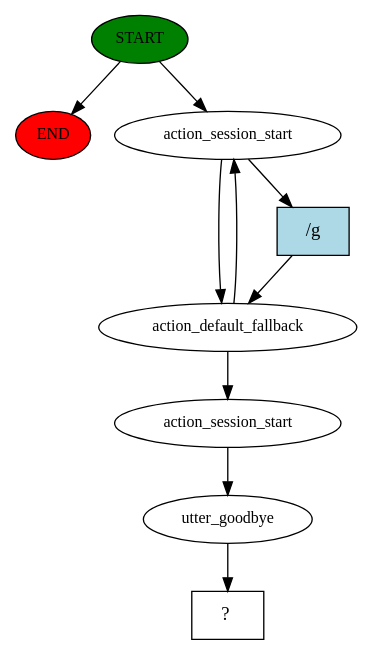
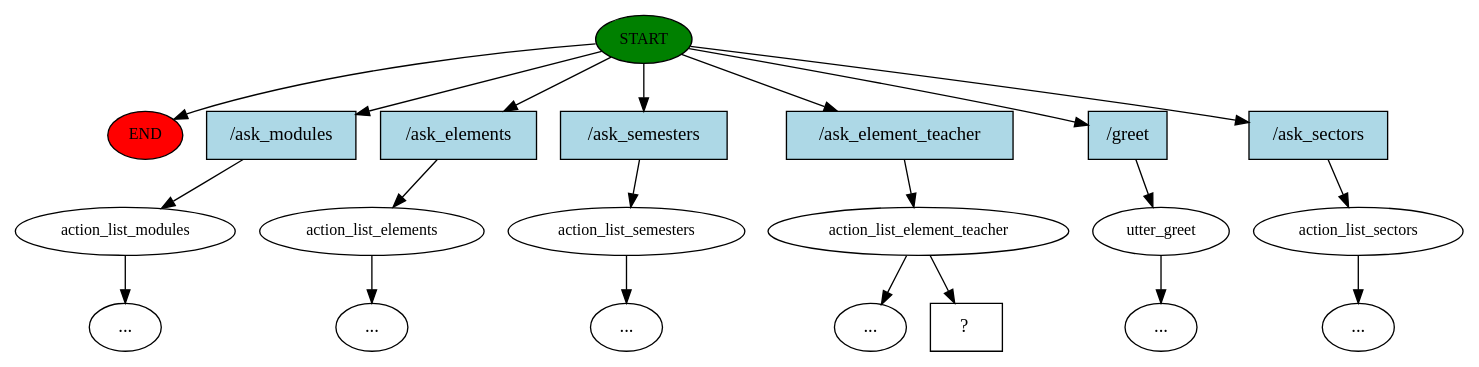
The diagram in story_graph.dot (yb403/ChatBotAI-costumer-service), drawn with Graphviz before and after one commit. The commit also changed 4 other files, not shown here.

Commit message:
Update NLU and story configurations; add new intent and examples for element teacher

```diff
--- a/story_graph.dot
+++ b/story_graph.dot
@@ -1,19 +1,43 @@
 digraph  {
 0 [class="start active", fillcolor=green, fontsize=12, label=START, style=filled];
 "-1" [class=end, fillcolor=red, fontsize=12, label=END, style=filled];
-1 [class=active, fontsize=12, label=action_session_start];
-2 [class=active, fontsize=12, label=action_default_fallback];
-17 [class=active, fontsize=12, label=action_session_start];
-18 [class=active, fontsize=12, label=utter_goodbye];
-19 [class="intent dashed active", label="  ?  ", shape=rect];
-20 [class="intent active", fillcolor=lightblue, label="/g", shape=rect, style=filled];
+1 [class="", fontsize=12, label=action_list_modules];
+2 [class="", fontsize=12, label=action_list_elements];
+3 [class="", fontsize=12, label=action_list_semesters];
+6 [class=active, fontsize=12, label=action_list_element_teacher];
+7 [class="", fontsize=12, label=utter_greet];
+"-9" [class=ellipsis, label="..."];
+"-10" [class=ellipsis, label="..."];
+"-12" [class=ellipsis, label="..."];
+11 [class="", fontsize=12, label=action_list_sectors];
+"-13" [class=ellipsis, label="..."];
+"-14" [class=ellipsis, label="..."];
+"-16" [class=ellipsis, label="..."];
+16 [class="intent dashed active", label="  ?  ", shape=rect];
+17 [class=intent, fillcolor=lightblue, label="/ask_modules", shape=rect, style=filled];
+18 [class=intent, fillcolor=lightblue, label="/ask_elements", shape=rect, style=filled];
+19 [class=intent, fillcolor=lightblue, label="/ask_semesters", shape=rect, style=filled];
+20 [class="intent active", fillcolor=lightblue, label="/ask_element_teacher", shape=rect, style=filled];
+21 [class=intent, fillcolor=lightblue, label="/greet", shape=rect, style=filled];
+22 [class=intent, fillcolor=lightblue, label="/ask_sectors", shape=rect, style=filled];
 0 -> "-1"  [class="", key=NONE, label=""];
-0 -> 1  [class=active, key=NONE, label=""];
-1 -> 2  [class=active, key=NONE, label=""];
-1 -> 20  [class=active, key=0];
-2 -> 1  [class=active, key=NONE, label=""];
-2 -> 17  [class=active, key=NONE, label=""];
-17 -> 18  [class=active, key=NONE, label=""];
-18 -> 19  [class=active, key=NONE, label=""];
-20 -> 2  [class=active, key=0];
+0 -> 17  [class="", key=0];
+0 -> 18  [class="", key=0];
+0 -> 19  [class="", key=0];
+0 -> 20  [class=active, key=0];
+0 -> 21  [class="", key=0];
+0 -> 22  [class="", key=0];
+1 -> "-16"  [class="", key=NONE, label=""];
+2 -> "-12"  [class="", key=NONE, label=""];
+3 -> "-14"  [class="", key=NONE, label=""];
+6 -> "-10"  [class="", key=NONE, label=""];
+6 -> 16  [class=active, key=NONE, label=""];
+7 -> "-9"  [class="", key=NONE, label=""];
+11 -> "-13"  [class="", key=NONE, label=""];
+17 -> 1  [class="", key=0];
+18 -> 2  [class="", key=0];
+19 -> 3  [class="", key=0];
+20 -> 6  [class=active, key=0];
+21 -> 7  [class="", key=0];
+22 -> 11  [class="", key=0];
 }
```
